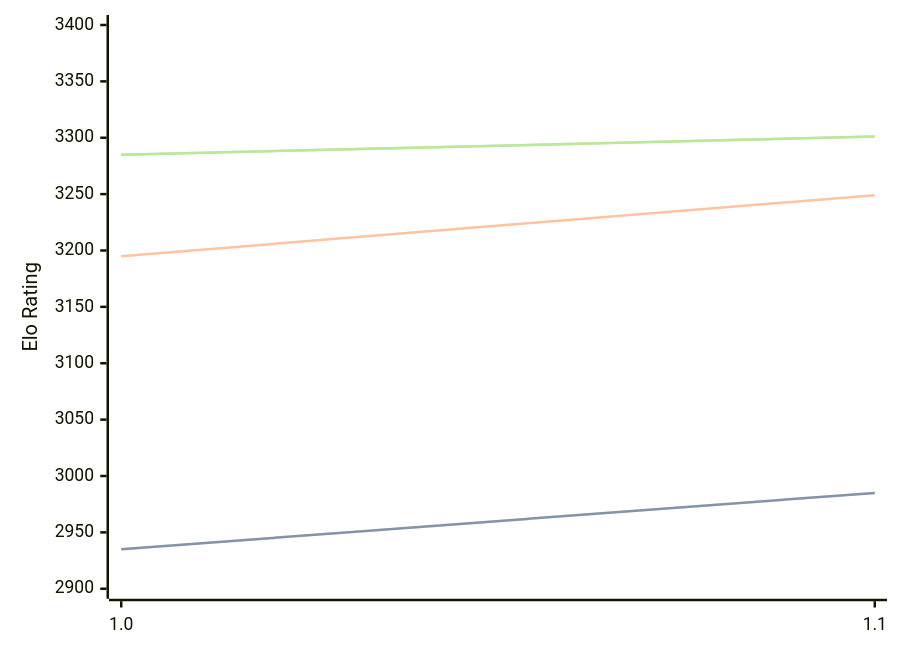
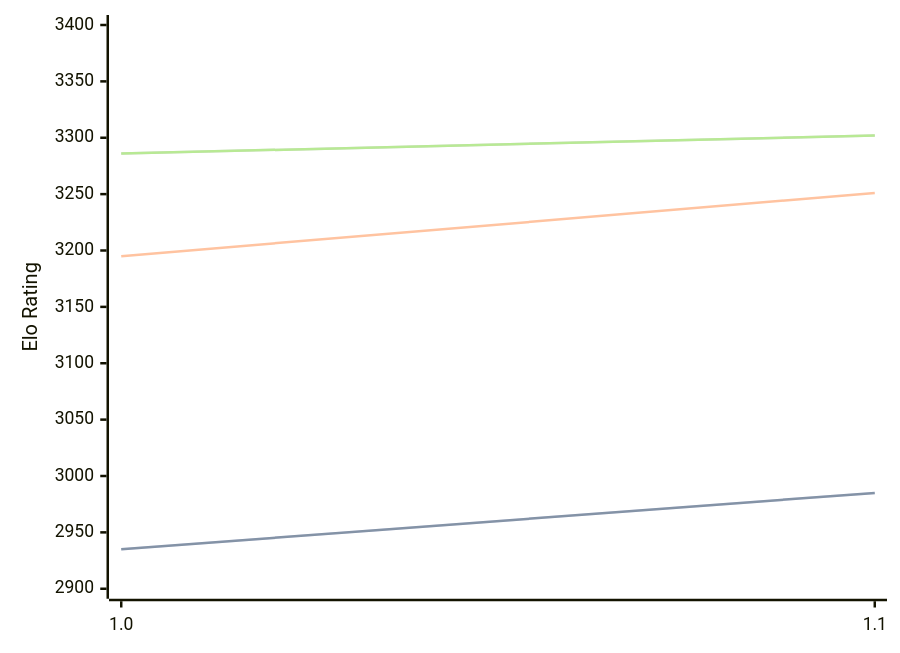
One commit to computer-chess-index/cci changed the diagram in engines/RodentV.md. Above: the diagram before and after it, drawn with Mermaid. The commit also changed other lines of this file, not shown here.

Commit message:
Update CCI Ratings (ELO VLTC) - 2026-09-08

````diff
--- a/engines/RodentV.md
+++ b/engines/RodentV.md
@@ -33,11 +33,11 @@
 ```mermaid
 %%{init: {"theme":"base","themeVariables":{"seriesColors:['#a3a3a3','#222221','#faa371']}}}%%
 xychart-beta
   x-axis ["1.0", "1.1"]
   y-axis "Elo Rating" 2900 --> 3400
   line "" [2935, 2985]
   line "STC (8.0+0.08s)" [2935, 2985]
-  line "LTC (60.0+0.60s)" [3195, 3249]
-  line "" [3285, 3301]
-  line "VLTC (2m24s+1.12s)" [3285, 3301]
+  line "LTC (60.0+0.60s)" [3195, 3251]
+  line "" [3286, 3302]
+  line "VLTC (2m24s+1.12s)" [3286, 3302]
 ```
````
